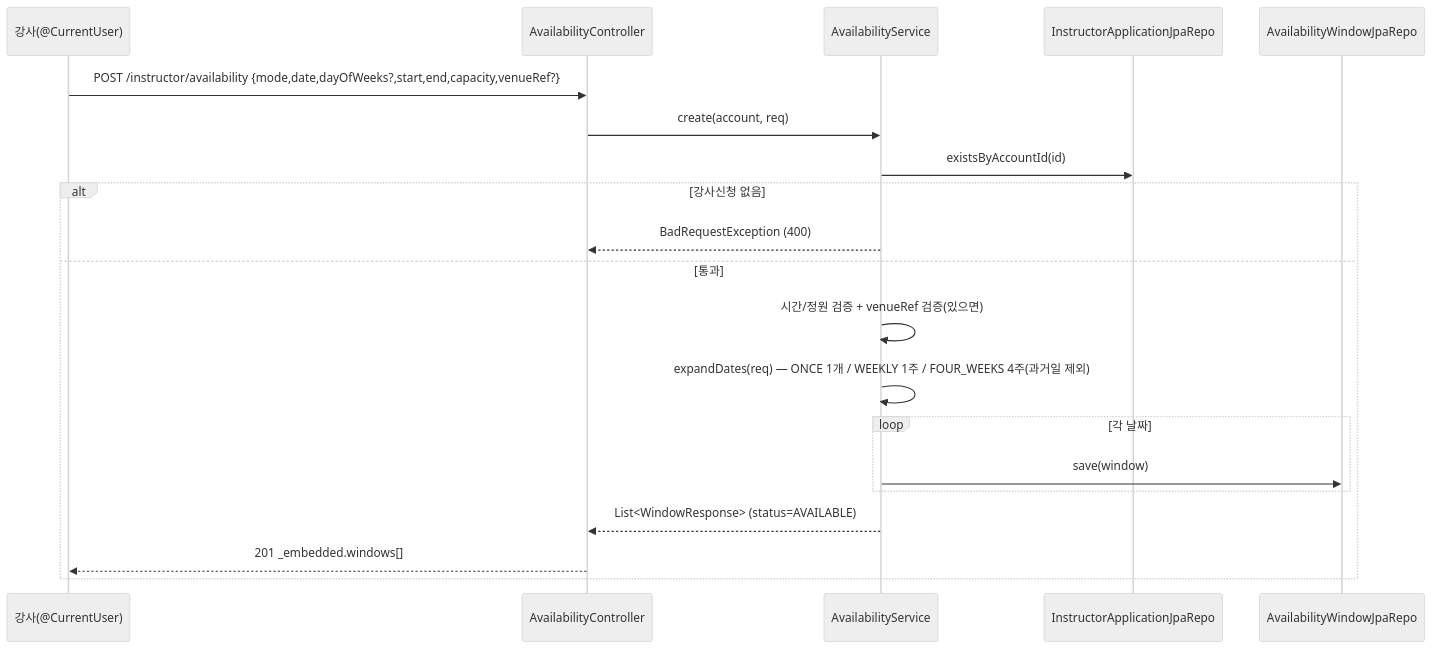
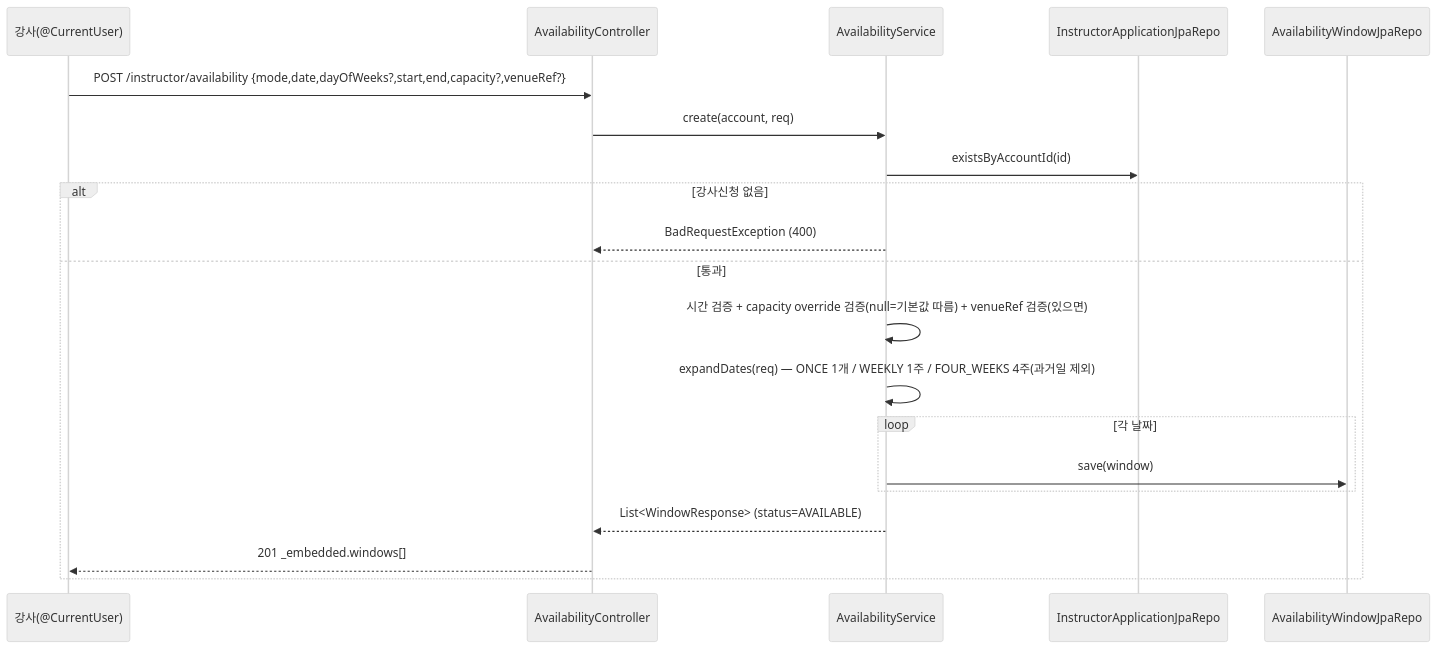
One commit to pungdong/Pungdong-Backend changed the second of 5 diagrams in docs/architecture/availability.md. Above: the diagram before and after it, drawn with Mermaid (neutral theme). The commit also changed other lines of this file and 17 other files, not shown here.

First line of the commit message:
Feat: 정원 모델 — 계정 기본값(defaultCapacity) 종속 + 일정 sparse override(라이브 참조)

````diff
--- a/docs/architecture/availability.md
+++ b/docs/architecture/availability.md
@@ -34,23 +37,23 @@
 ```mermaid
 sequenceDiagram
   participant I as 강사(@CurrentUser)
   participant C as AvailabilityController
   participant S as AvailabilityService
   participant IA as InstructorApplicationJpaRepo
   participant WR as AvailabilityWindowJpaRepo
 
-  I->>C: POST /instructor/availability {mode,date,dayOfWeeks?,start,end,capacity,venueRef?}
+  I->>C: POST /instructor/availability {mode,date,dayOfWeeks?,start,end,capacity?,venueRef?}
   C->>S: create(account, req)
   S->>IA: existsByAccountId(id)
   alt 강사신청 없음
     S-->>C: BadRequestException (400)
   else 통과
-    S->>S: 시간/정원 검증 + venueRef 검증(있으면)
+    S->>S: 시간 검증 + capacity override 검증(null=기본값 따름) + venueRef 검증(있으면)
     S->>S: expandDates(req) — ONCE 1개 / WEEKLY 1주 / FOUR_WEEKS 4주(과거일 제외)
     loop 각 날짜
       S->>WR: save(window)
     end
     S-->>C: List<WindowResponse> (status=AVAILABLE)
     C-->>I: 201 _embedded.windows[]
   end
 ```
````
